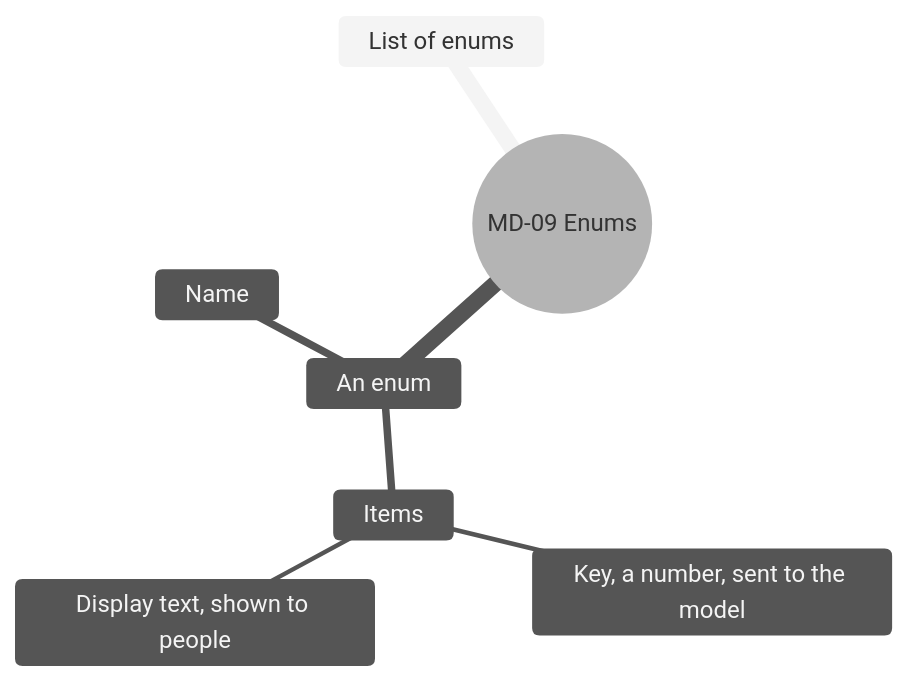
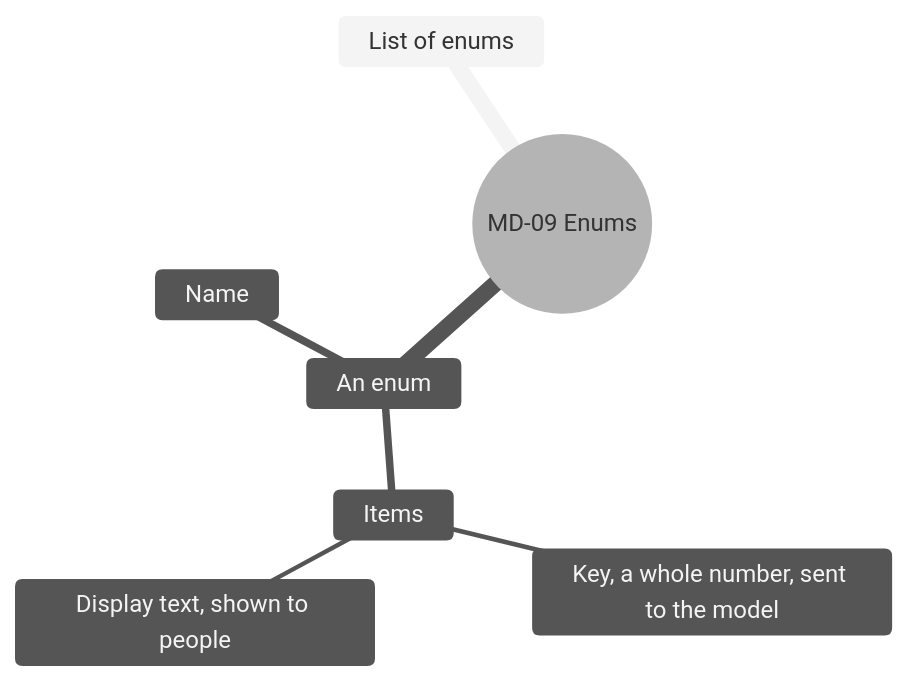
One commit to AlexandreGallais/synoptic-studio-spec changed diagram 13 of 13 in screens/metadata.md. Above: the diagram before and after it, drawn with Mermaid (neutral theme). The commit also changed other lines of this file and 10 other files, not shown here.

````diff
--- a/screens/metadata.md
+++ b/screens/metadata.md
@@ -389,10 +387,10 @@
 ```mermaid
 mindmap
   root((MD-09 Enums))
     List of enums
     An enum
       Name
       Items
-        Key, a number, sent to the model
+        Key, a whole number, sent to the model
         Display text, shown to people
 ```
````
